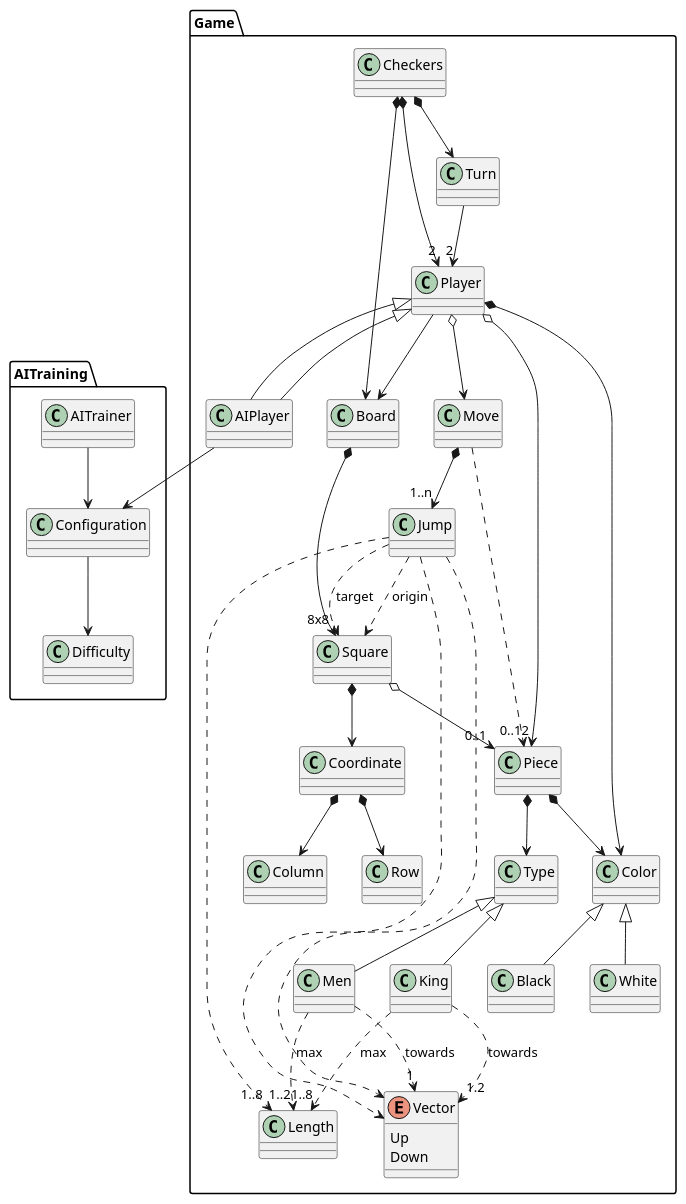
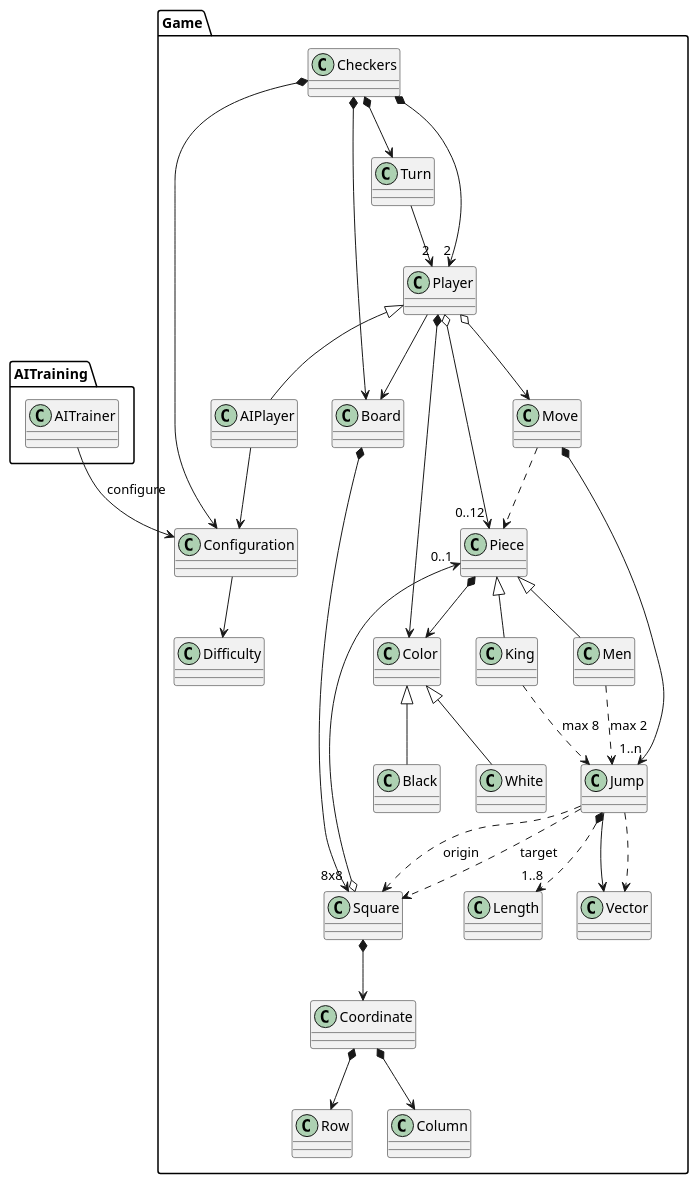
Before and after one commit to Master-Desarrollo-20-21/patrones-diseno---practica-final---juego-de-las-damas-fraylopez: the first of 2 diagrams in docs/src/domain-model/domain-model.plantuml, drawn with PlantUML. The commit also changed 3 other files, not shown here.

Commit message:
wip diagrams

```diff
--- a/docs/src/domain-model/domain-model.plantuml
+++ b/docs/src/domain-model/domain-model.plantuml
@@ -1,60 +1,73 @@
 @startuml DomainModel
+
 
 package Game {
   Checkers *-down-> "2" Player
   Checkers *-down-> Board
   Checkers *-down-> Turn
+  Checkers *-down-> Configuration
 
   Turn -down-> "2" Player
 
   Player -down-> Board
   Player o-down-> "0..12" Piece
   Player o-down-> Move
   Player *-down-> Color
 
-  Piece *--> Type
   Piece *--> Color
-  King -up-|> Type
-  Men -up-|> Type
+  King -up-|> Piece
+  Men -up-|> Piece
 
-  Men ..> "1..2" Length : "max"
-  King ..> "1..8" Length : "max"
-  Men ..> "1" Vector : "towards"
-  King ..> "1.2" Vector : "towards"
+  Men ..> Jump : "max 2"
+
+  King ..>  Jump : "max 8"
+  ' Men ..> "1" Vector : "towards"
+  ' King ..> "1.2" Vector : "towards"
 
   White -up-|> Color
   Black -up-|> Color
 
   Move *--> "1..n" Jump
-  Jump ..> "1..8" Length
-  Jump .down.> Vector
+  Jump *..> "1..8" Length
+  Jump -down-> Vector
 
-  enum Vector {
-    Up
-    Down
-  }
+'   enum Vector {
+'     Forward,
+'     Backwards,
+'   }
+'  note left : "Sentido en castellano"
+
   Jump ..> Vector
+
+  ' JumpKing -up-|> Jump
+  ' JumpMan -up-|> Jump
 
   Board *-down-> "8x8" Square
   Square *-down-> Coordinate
   Square o-down-> "0..1" Piece
 
   Move .down.> Piece
 
   Jump .down.> Square : origin
   Jump .down.> Square : target
 
   Coordinate *-down-> Row
   Coordinate *-down-> Column
 
   AIPlayer -up-|> Player
+
+  Configuration --> Difficulty
 }
 
 package AITraining {
-  Configuration --> Difficulty
-  AIPlayer -up-|> Player
   AIPlayer --> Configuration
-  AITrainer --> Configuration
+  AITrainer --> Configuration : "configure"
 }
 
+
+
+' dominio distinto AITrainer/Game o el mismo?
+' simulamos que el dominio AITraining es grande y complejo
+'
+
 @enduml
```
